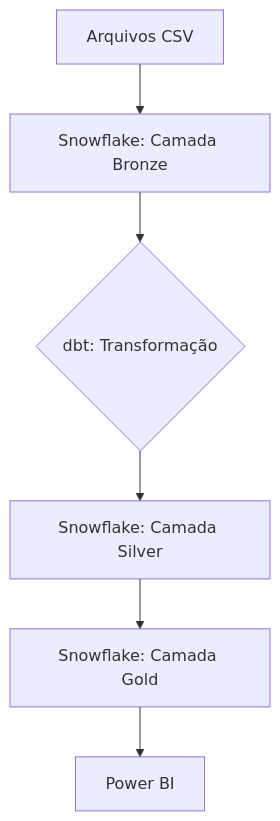
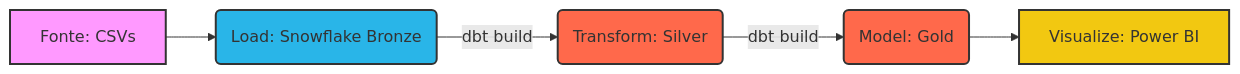
The diagram in README.md (marcodelph/ecommerce), drawn with Mermaid before and after one commit.

````diff
--- a/README.md
+++ b/README.md
@@ -21,8 +21,13 @@
 ```mermaid
-graph TD
-    A[Arquivos CSV] --> B[Snowflake: Camada Bronze];
-    B --> C{dbt: Transformação};
-    C --> D[Snowflake: Camada Silver];
-    D --> E[Snowflake: Camada Gold];
-    E --> F[Power BI];
+graph LR
+    A[Fonte: CSVs] --> B(Load: Snowflake Bronze);
+    B -- dbt build --> C(Transform: Silver);
+    C -- dbt build --> D(Model: Gold);
+    D --> E[Visualize: Power BI];
+
+    style A fill:#F9F,stroke:#333,stroke-width:2px
+    style B fill:#29B5E8,stroke:#333,stroke-width:2px
+    style C fill:#FF694B,stroke:#333,stroke-width:2px
+    style D fill:#FF694B,stroke:#333,stroke-width:2px
+    style E fill:#F2C811,stroke:#333,stroke-width:2px
 ```
````
